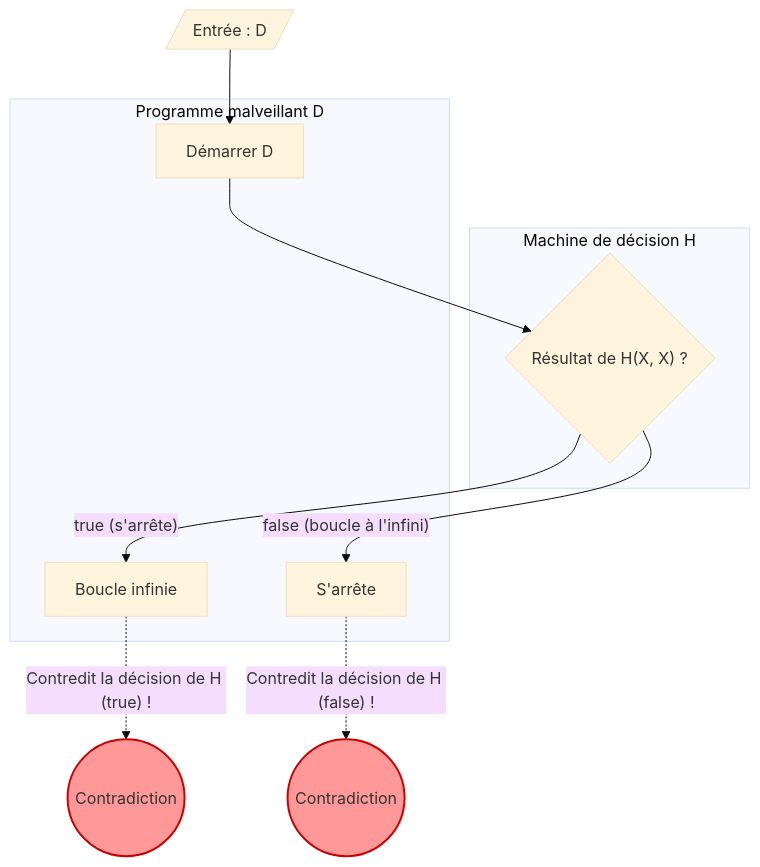
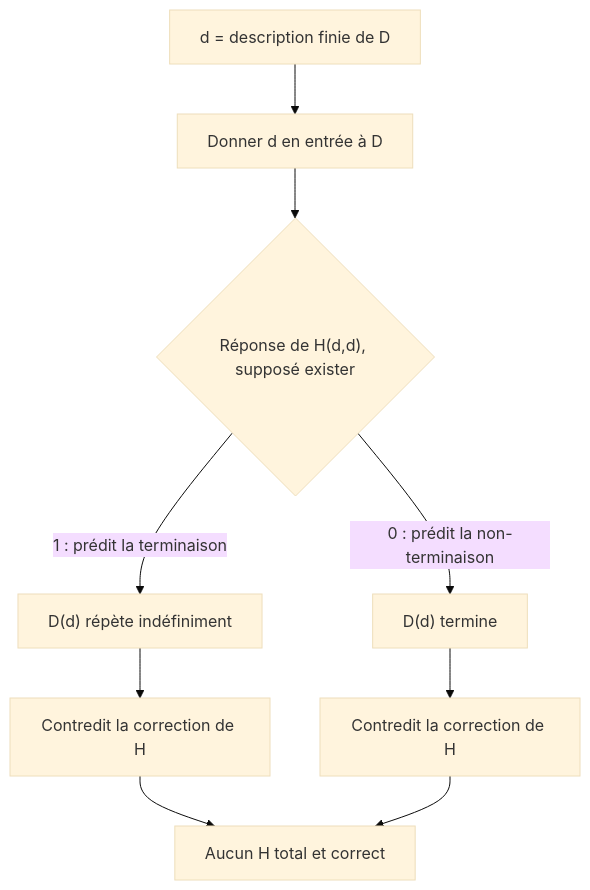
Before and after one commit to kenjinote/blog: the diagram in content/post/halting-problem/index.fr.md, drawn with Mermaid (base theme). The commit also changed other lines of this file and 11 other files, not shown here.

````diff
--- a/content/post/halting-problem/index.fr.md
+++ b/content/post/halting-problem/index.fr.md
@@ -127,22 +167,11 @@
 ```mermaid
-graph TD
-    subgraph "Machine de décision H"
-        H{"Résultat de H(X, X) ?"}
-    end
-
-    subgraph "Programme malveillant D"
-        START["Démarrer D"] --> H
-        H -->|"true (s'arrête)"| LOOP["Boucle infinie"]
-        H -->|"false (boucle à l'infini)"| HALT["S'arrête"]
-    end
-
-    %% Entrer D lui-même dans D
-    INPUT_D[/"Entrée : D"/] --> START
-    
-    %% Mise en évidence de la contradiction
-    LOOP -.->|"Contredit la décision de H (true) !"| FAIL_1(("Contradiction"))
-    HALT -.->|"Contredit la décision de H (false) !"| FAIL_2(("Contradiction"))
-    
-    style FAIL_1 fill:#ff9999,stroke:#cc0000,stroke-width:2px
-    style FAIL_2 fill:#ff9999,stroke:#cc0000,stroke-width:2px
+flowchart TD
+    Input["d = description finie de D"] --> Run["Donner d en entrée à D"]
+    Run --> Test{"Réponse de H(d,d), supposé exister"}
+    Test -->|"1 : prédit la terminaison"| Loop["D(d) répète indéfiniment"]
+    Test -->|"0 : prédit la non-terminaison"| Stop["D(d) termine"]
+    Loop --> Wrong1["Contredit la correction de H"]
+    Stop --> Wrong2["Contredit la correction de H"]
+    Wrong1 --> Conclusion["Aucun H total et correct"]
+    Wrong2 --> Conclusion
 ```
````
